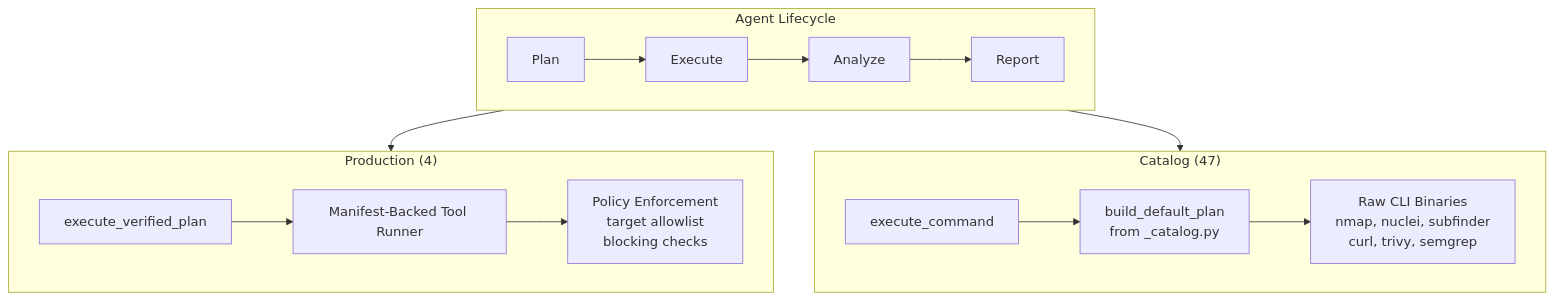
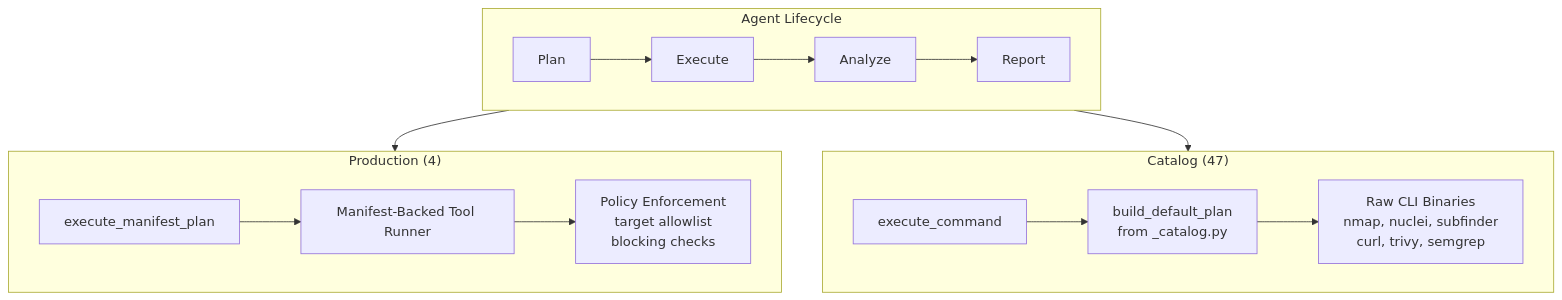
Before and after one commit to Zaeem20/ShikariMCP: the first of 2 diagrams in docs/AGENTS.md, drawn with Mermaid. The commit also changed other lines of this file and 5 other files, not shown here.

````diff
--- a/docs/AGENTS.md
+++ b/docs/AGENTS.md
@@ -21,24 +21,24 @@
 ```mermaid
 flowchart TD
     subgraph Agent["Agent Lifecycle"]
         direction LR
         P["Plan"] --> E["Execute"] --> A["Analyze"] --> R["Report"]
     end
 
     subgraph Production["Production (4)"]
-        EP["execute_verified_plan"]
+        EP["execute_manifest_plan"]
         M["Manifest-Backed Tool Runner"]
         PP["Policy Enforcement<br/>target allowlist<br/>blocking checks"]
         EP --> M --> PP
     end
 
     subgraph Catalog["Catalog (47)"]
         EC["execute_command"]
         CP["build_default_plan<br/>from _catalog.py"]
         CLI["Raw CLI Binaries<br/>nmap, nuclei, subfinder<br/>curl, trivy, semgrep"]
         EC --> CP --> CLI
     end
 
     E --> Production
     E --> Catalog
 ```
````
